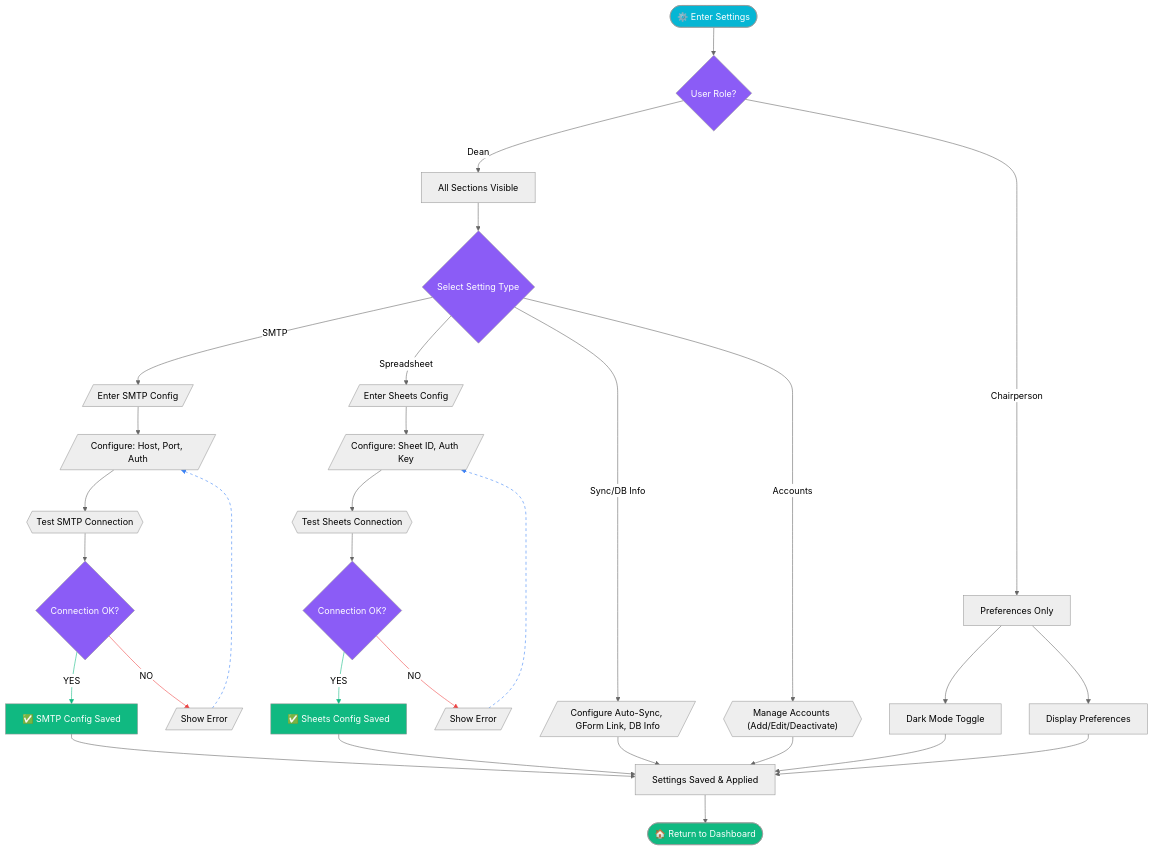
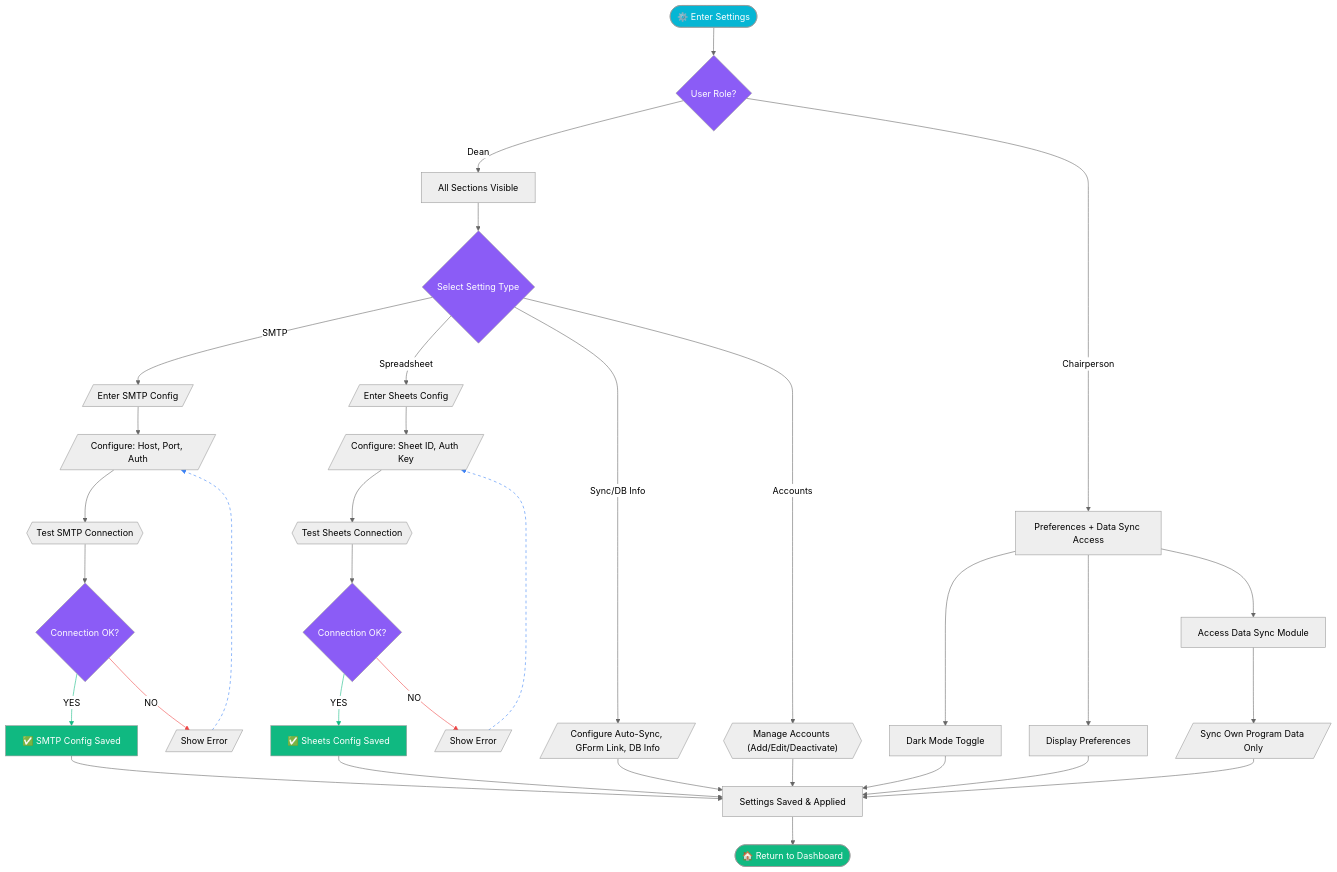
One commit to rakuya-khun/alumni-db changed diagram 11 of 12 in docs/technical/alumni-db-flowcharts.md. Above: the diagram before and after it, drawn with Mermaid (neutral theme). The commit also changed other lines of this file and 94 other files, not shown here.

````diff
--- a/docs/technical/alumni-db-flowcharts.md
+++ b/docs/technical/alumni-db-flowcharts.md
@@ -504,49 +593,51 @@
 ```mermaid
 flowchart TD
     A([⚙️ Enter Settings]) --> B{User Role?}
 
     B -- Dean --> C[All Sections Visible]
-    B -- Chairperson --> D[Preferences Only]
+    B -- Chairperson --> D["Preferences + Data Sync Access"]
 
     C --> E{Select Setting Type}
 
     E -- SMTP --> F[/"Enter SMTP Config"/]
     F --> G[/"Configure: Host, Port, Auth"/]
     G --> H{{"Test SMTP Connection"}}
     H --> I{Connection OK?}
     I -- YES --> J[✅ SMTP Config Saved]
     I -- NO --> K[/"Show Error"/]
     K --> G
 
     E -- Spreadsheet --> L[/"Enter Sheets Config"/]
     L --> M[/"Configure: Sheet ID, Auth Key"/]
     M --> N{{"Test Sheets Connection"}}
     N --> O{Connection OK?}
     O -- YES --> P[✅ Sheets Config Saved]
     O -- NO --> Q[/"Show Error"/]
     Q --> M
 
     E -- Sync/DB Info --> R[/"Configure Auto-Sync, GForm Link, DB Info"/]
     E -- Accounts --> S{{"Manage Accounts (Add/Edit/Deactivate)"}}
 
     D --> T["Dark Mode Toggle"]
     D --> U["Display Preferences"]
+    D --> D2["Access Data Sync Module"]
+    D2 --> D3[/"Sync Own Program Data Only"/]
 
-    J & P & R & S & T & U --> V[Settings Saved & Applied]
+    J & P & R & S & T & U & D3 --> V[Settings Saved & Applied]
     V --> W([🏠 Return to Dashboard])
 
     style A fill:#06b6d4,color:#fff
     style W fill:#10b981,color:#fff
     style J fill:#10b981,color:#fff
     style P fill:#10b981,color:#fff
     style B fill:#8b5cf6,color:#fff
     style E fill:#8b5cf6,color:#fff
     style I fill:#8b5cf6,color:#fff
     style O fill:#8b5cf6,color:#fff
     linkStyle 8 stroke:#10b981
     linkStyle 9 stroke:#ef4444
     linkStyle 10 stroke:#3b82f6,stroke-dasharray:5
     linkStyle 15 stroke:#10b981
     linkStyle 16 stroke:#ef4444
     linkStyle 17 stroke:#3b82f6,stroke-dasharray:5
 ```
````
